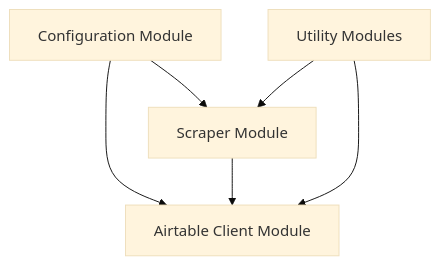
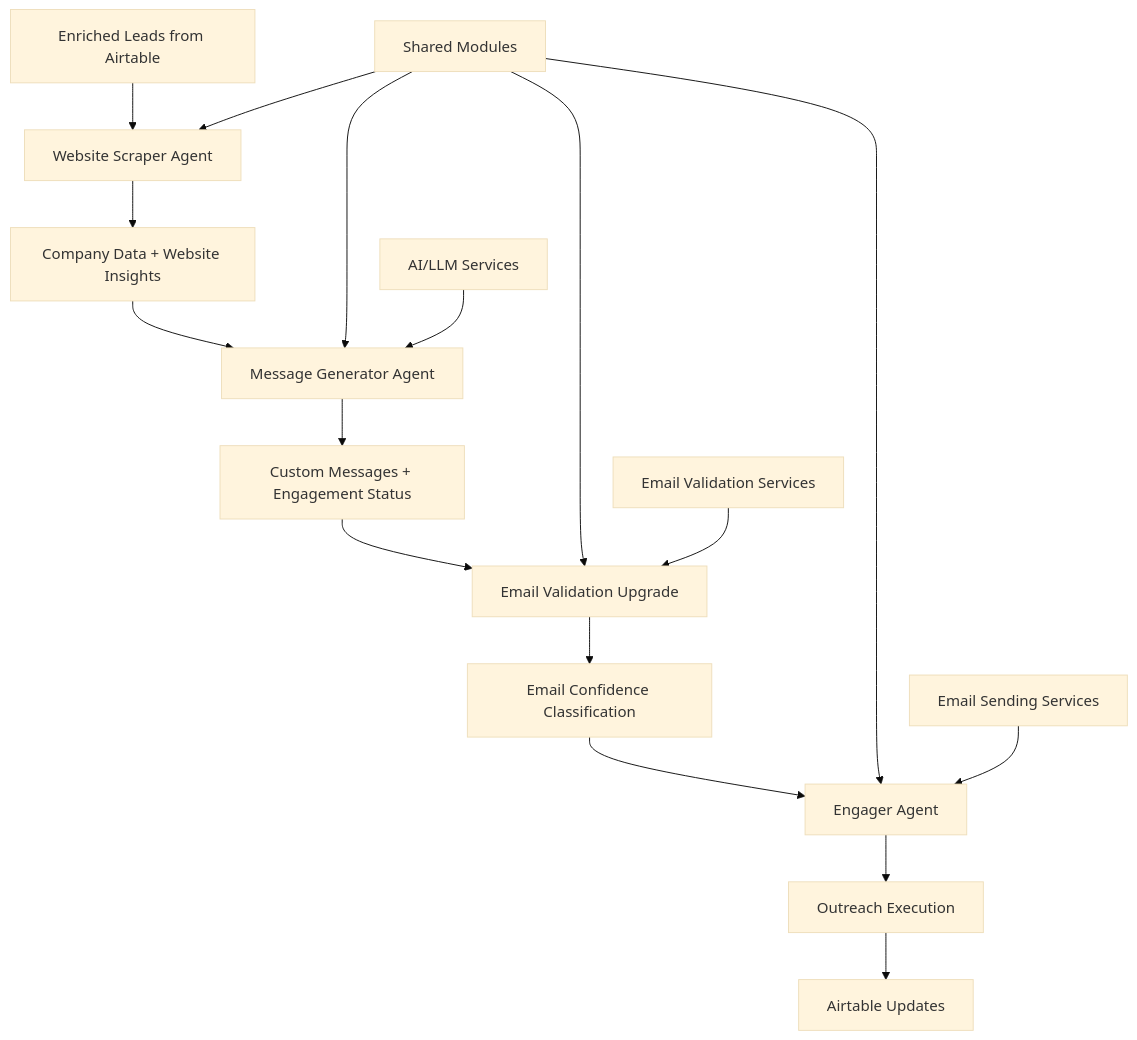
The first of 2 diagrams in .kiro/specs/4runr-lead-system/design.md (KyanBergeron4Runr/4Runr-AI-Lead-System), drawn with Mermaid (base theme) before and after one commit. The commit also changed other lines of this file and 464 other files, not shown here.

````diff
--- a/.kiro/specs/4runr-lead-system/design.md
+++ b/.kiro/specs/4runr-lead-system/design.md
@@ -16,8 +16,21 @@
 ```mermaid
 graph TD
-    A[Configuration Module] --> B[Airtable Client Module]
-    A --> C[Scraper Module]
-    C --> B
-    D[Utility Modules] --> B
-    D --> C
+    A[Enriched Leads from Airtable] --> B[Website Scraper Agent]
+    B --> C[Company Data + Website Insights]
+    C --> D[Message Generator Agent]
+    D --> E[Custom Messages + Engagement Status]
+    E --> F[Email Validation Upgrade]
+    F --> G[Email Confidence Classification]
+    G --> H[Engager Agent]
+    H --> I[Outreach Execution]
+    I --> J[Airtable Updates]
+    
+    K[Shared Modules] --> B
+    K --> D
+    K --> F
+    K --> H
+    
+    L[AI/LLM Services] --> D
+    M[Email Validation Services] --> F
+    N[Email Sending Services] --> H
 ```
````
